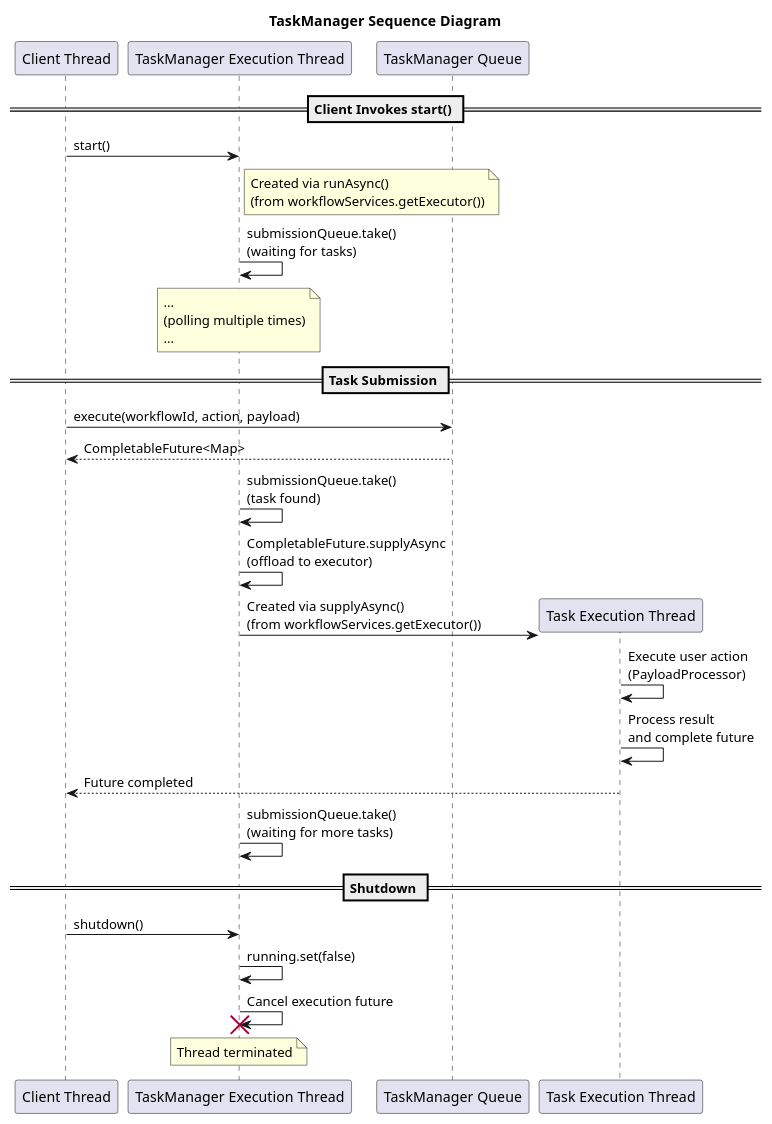
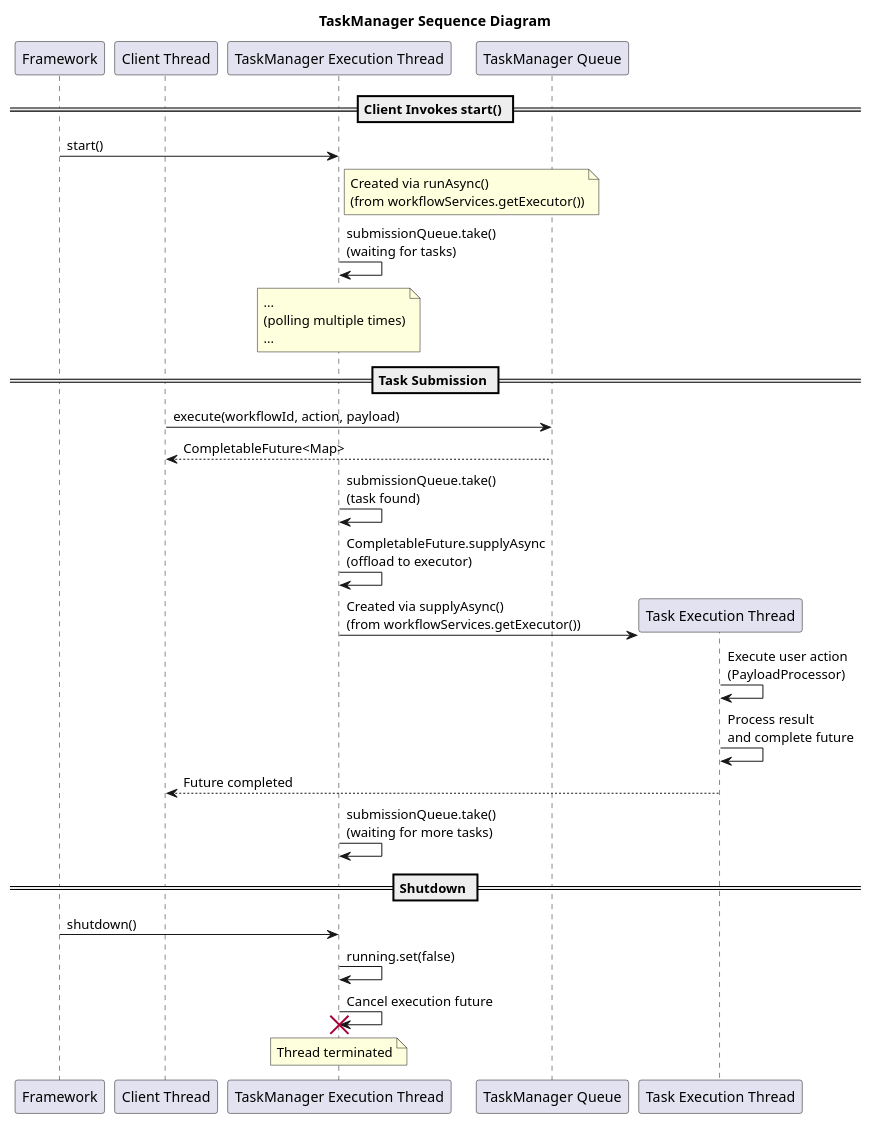
One commit to AxonIQ/axoniq-framework changed the diagram in workflow/docs/TaskManager_Sequence_Diagram.puml. Above: the diagram before and after it, drawn with PlantUML.

Commit message:
update diagram

```diff
--- a/workflow/docs/TaskManager_Sequence_Diagram.puml
+++ b/workflow/docs/TaskManager_Sequence_Diagram.puml
@@ -2,41 +2,42 @@
 @startuml
 title TaskManager Sequence Diagram
 
+participant Framework
 participant "Client Thread" as Client
 participant "TaskManager Execution Thread" as TaskManager
 participant "TaskManager Queue" as Queue
 participant "Task Execution Thread" as TaskExecution
 
 == Client Invokes start() ==
 
-Client -> TaskManager: start()
+Framework -> TaskManager: start()
 note right of TaskManager: Created via runAsync()\n(from workflowServices.getExecutor())
 TaskManager -> TaskManager: submissionQueue.take()\n(waiting for tasks)
 
 note over TaskManager: ...\n(polling multiple times)\n...
 
 == Task Submission ==
 
 Client -> Queue: execute(workflowId, action, payload)
 Queue --> Client: CompletableFuture<Map>
 
 TaskManager -> TaskManager: submissionQueue.take()\n(task found)
 TaskManager -> TaskManager: CompletableFuture.supplyAsync\n(offload to executor)
 
 create TaskExecution
 TaskManager -> TaskExecution: Created via supplyAsync()\n(from workflowServices.getExecutor())
 TaskExecution -> TaskExecution: Execute user action\n(PayloadProcessor)
 TaskExecution -> TaskExecution: Process result\nand complete future
 
 TaskExecution --> Client: Future completed
 TaskManager -> TaskManager: submissionQueue.take()\n(waiting for more tasks)
 
 == Shutdown ==
 
-Client -> TaskManager: shutdown()
+Framework -> TaskManager: shutdown()
 TaskManager -> TaskManager: running.set(false)
 TaskManager -> TaskManager: Cancel execution future
 destroy TaskManager
 note over TaskManager: Thread terminated
 
 @enduml
```
